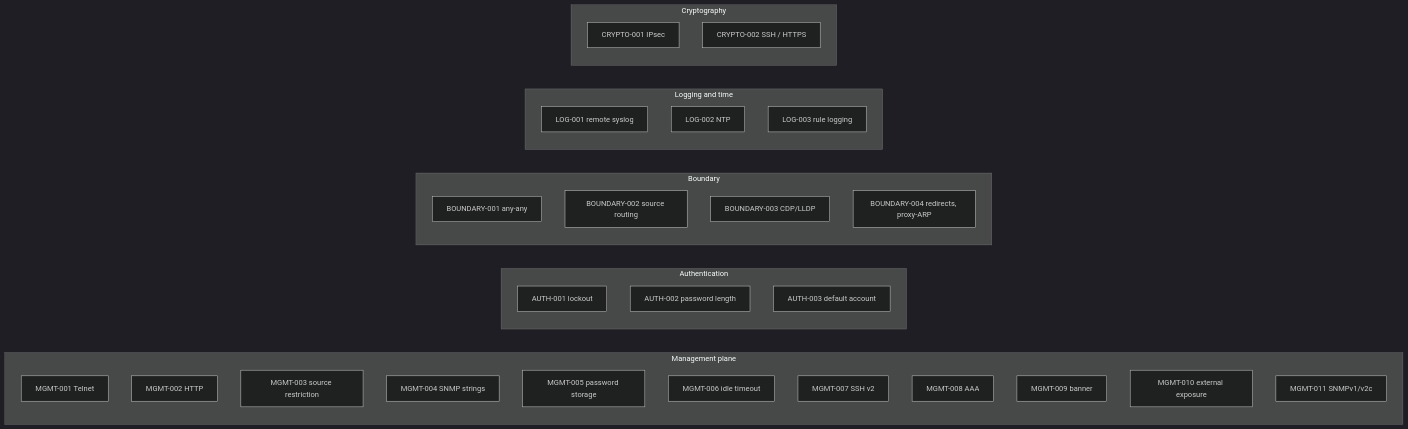
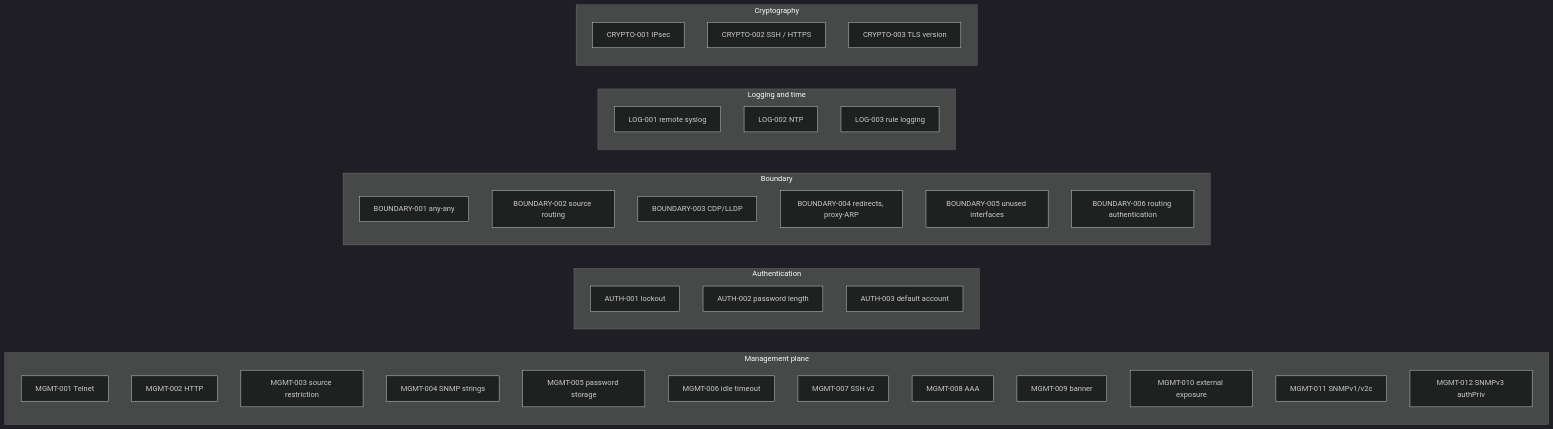
One commit to astrilo-monk/sih-26155 changed the diagram in docs/detection-rules.md. Above: the diagram before and after it, drawn with Mermaid (dark theme). The commit also changed other lines of this file and 25 other files, not shown here.

First line of the commit message:
Add four checks: SNMPv3 authPriv, unused interfaces, routing auth, TLS version

````diff
--- a/docs/detection-rules.md
+++ b/docs/detection-rules.md
@@ -51,36 +55,40 @@
 ```mermaid
 flowchart LR
     subgraph MGMT["Management plane"]
         M1["MGMT-001 Telnet"]
         M2["MGMT-002 HTTP"]
         M3["MGMT-003 source restriction"]
         M4["MGMT-004 SNMP strings"]
         M5["MGMT-005 password storage"]
         M6["MGMT-006 idle timeout"]
         M7["MGMT-007 SSH v2"]
         M8["MGMT-008 AAA"]
         M9["MGMT-009 banner"]
         M10["MGMT-010 external exposure"]
         M11["MGMT-011 SNMPv1/v2c"]
+        M12["MGMT-012 SNMPv3 authPriv"]
     end
     subgraph AUTH["Authentication"]
         A1["AUTH-001 lockout"]
         A2["AUTH-002 password length"]
         A3["AUTH-003 default account"]
     end
     subgraph BND["Boundary"]
         B1["BOUNDARY-001 any-any"]
         B2["BOUNDARY-002 source routing"]
         B3["BOUNDARY-003 CDP/LLDP"]
         B4["BOUNDARY-004 redirects, proxy-ARP"]
+        B5["BOUNDARY-005 unused interfaces"]
+        B6["BOUNDARY-006 routing authentication"]
     end
     subgraph LOG["Logging and time"]
         L1["LOG-001 remote syslog"]
         L2["LOG-002 NTP"]
         L3["LOG-003 rule logging"]
     end
     subgraph CRY["Cryptography"]
         C1["CRYPTO-001 IPsec"]
         C2["CRYPTO-002 SSH / HTTPS"]
+        C3["CRYPTO-003 TLS version"]
     end
 ```
````
